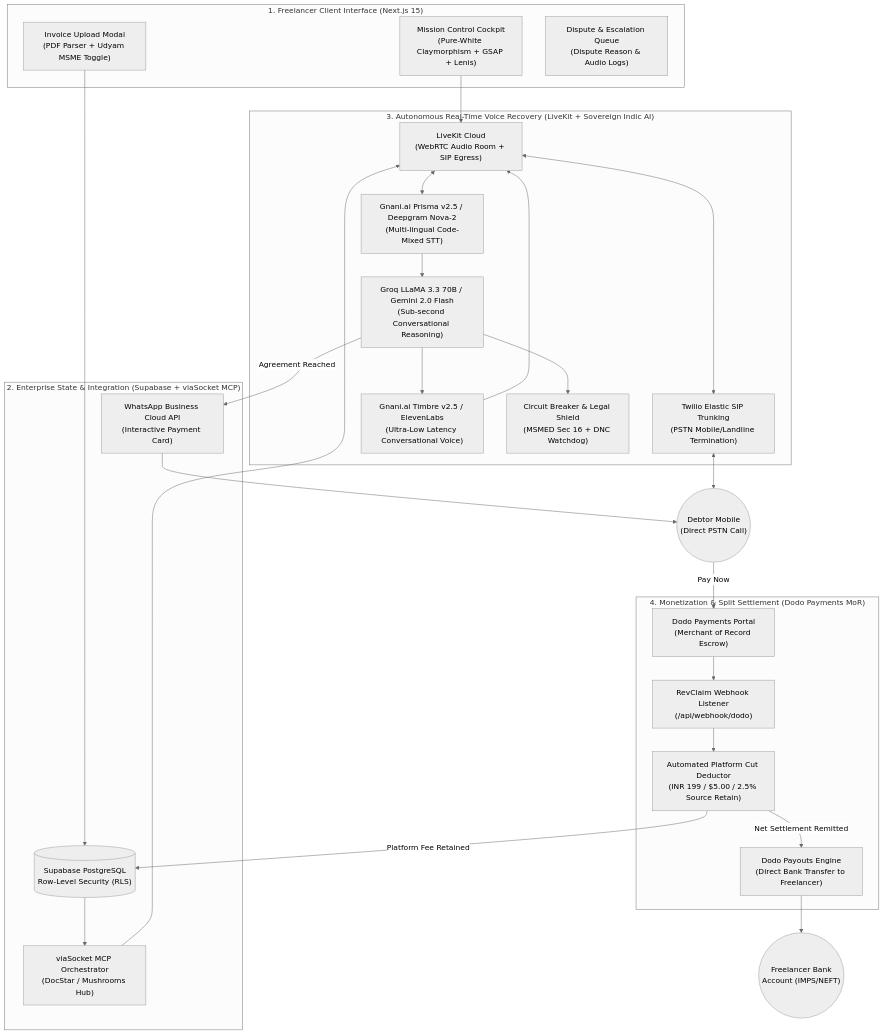
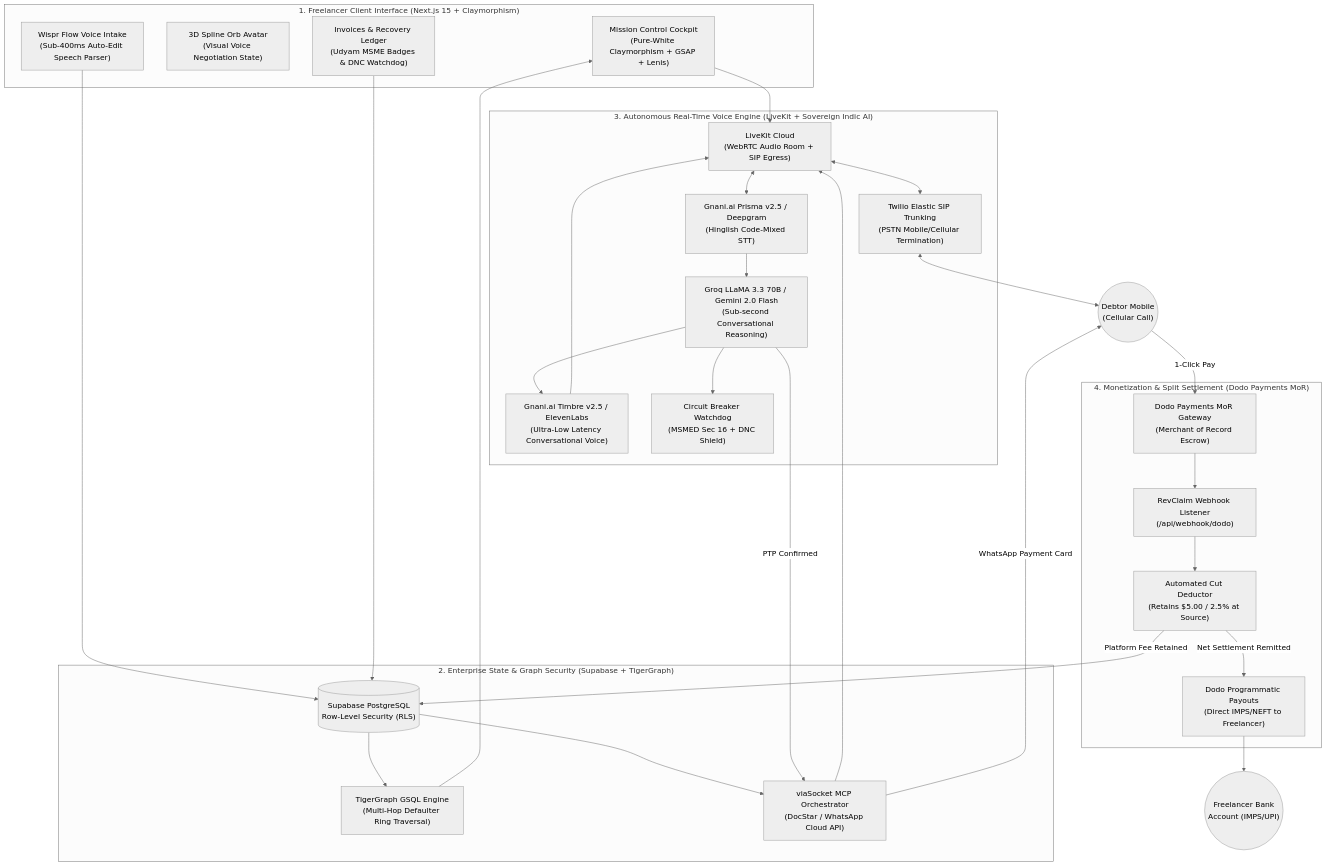
One commit to Niss54/RevClaim-AI changed the first of 4 diagrams in README.md. Above: the diagram before and after it, drawn with Mermaid (neutral theme). The commit also changed other lines of this file and 40 other files, not shown here.

Commit message:
docs: overhaul README with live Spline screenshots, real news evidence, sponsor badges & clean directory structure

````diff
--- a/README.md
+++ b/README.md
@@ -32,50 +200,54 @@
 ```mermaid
 flowchart TD
-    subgraph ClientLayer["1. Freelancer Client Interface (Next.js 15)"]
+    subgraph ClientLayer["1. Freelancer Client Interface (Next.js 15 + Claymorphism)"]
         UI["Mission Control Cockpit<br/>(Pure-White Claymorphism + GSAP + Lenis)"]
-        Upload["Invoice Upload Modal<br/>(PDF Parser + Udyam MSME Toggle)"]
-        DNC["Dispute & Escalation Queue<br/>(Dispute Reason & Audio Logs)"]
+        Spline["3D Spline Orb Avatar<br/>(Visual Voice Negotiation State)"]
+        Wispr["Wispr Flow Voice Intake<br/>(Sub-400ms Auto-Edit Speech Parser)"]
+        Table["Invoices & Recovery Ledger<br/>(Udyam MSME Badges & DNC Watchdog)"]
     end
 
-    subgraph StateLayer["2. Enterprise State & Integration (Supabase + viaSocket MCP)"]
+    subgraph StateLayer["2. Enterprise State & Graph Security (Supabase + TigerGraph)"]
         DB[("Supabase PostgreSQL<br/>Row-Level Security (RLS)")]
-        MCP["viaSocket MCP Orchestrator<br/>(DocStar / Mushrooms Hub)"]
-        WhatsApp["WhatsApp Business Cloud API<br/>(Interactive Payment Card)"]
+        TG["TigerGraph GSQL Engine<br/>(Multi-Hop Defaulter Ring Traversal)"]
+        MCP["viaSocket MCP Orchestrator<br/>(DocStar / WhatsApp Cloud API)"]
     end
 
-    subgraph VoiceEngine["3. Autonomous Real-Time Voice Recovery (LiveKit + Sovereign Indic AI)"]
+    subgraph VoiceEngine["3. Autonomous Real-Time Voice Engine (LiveKit + Sovereign Indic AI)"]
         LK["LiveKit Cloud<br/>(WebRTC Audio Room + SIP Egress)"]
-        Twilio["Twilio Elastic SIP Trunking<br/>(PSTN Mobile/Landline Termination)"]
-        STT["Gnani.ai Prisma v2.5 / Deepgram Nova-2<br/>(Multi-lingual Code-Mixed STT)"]
+        Twilio["Twilio Elastic SIP Trunking<br/>(PSTN Mobile/Cellular Termination)"]
+        STT["Gnani.ai Prisma v2.5 / Deepgram<br/>(Hinglish Code-Mixed STT)"]
         LLM["Groq LLaMA 3.3 70B / Gemini 2.0 Flash<br/>(Sub-second Conversational Reasoning)"]
         TTS["Gnani.ai Timbre v2.5 / ElevenLabs<br/>(Ultra-Low Latency Conversational Voice)"]
-        Guard["Circuit Breaker & Legal Shield<br/>(MSMED Sec 16 + DNC Watchdog)"]
+        Guard["Circuit Breaker Watchdog<br/>(MSMED Sec 16 + DNC Shield)"]
     end
 
     subgraph PaymentMoR["4. Monetization & Split Settlement (Dodo Payments MoR)"]
-        Dodo["Dodo Payments Portal<br/>(Merchant of Record Escrow)"]
+        Dodo["Dodo Payments MoR Gateway<br/>(Merchant of Record Escrow)"]
         Webhook["RevClaim Webhook Listener<br/>(/api/webhook/dodo)"]
-        Splitter["Automated Platform Cut Deductor<br/>(INR 199 / $5.00 / 2.5% Source Retain)"]
-        Payout["Dodo Payouts Engine<br/>(Direct Bank Transfer to Freelancer)"]
+        Splitter["Automated Cut Deductor<br/>(Retains $5.00 / 2.5% at Source)"]
+        Payout["Dodo Programmatic Payouts<br/>(Direct IMPS/NEFT to Freelancer)"]
     end
 
-    Upload --> DB
+    Wispr --> DB
+    Table --> DB
+    DB --> TG
+    TG --> UI
     UI --> LK
     DB --> MCP
     MCP --> LK
     LK <--> Twilio
     LK <--> STT
     STT --> LLM
     LLM --> Guard
     LLM --> TTS
     TTS --> LK
-    Twilio <--> DebtorPhone(("Debtor Mobile<br/>(Direct PSTN Call)"))
-    LLM -->|"Agreement Reached"| WhatsApp
-    WhatsApp --> DebtorPhone
-    DebtorPhone -->|"Pay Now"| Dodo
+    Twilio <--> DebtorPhone(("Debtor Mobile<br/>(Cellular Call)"))
+    LLM -->|"PTP Confirmed"| MCP
+    MCP -->|"WhatsApp Payment Card"| DebtorPhone
+    DebtorPhone -->|"1-Click Pay"| Dodo
     Dodo --> Webhook
     Webhook --> Splitter
     Splitter -->|"Platform Fee Retained"| DB
     Splitter -->|"Net Settlement Remitted"| Payout
-    Payout --> FreelancerBank(("Freelancer Bank<br/>Account (IMPS/NEFT)"))
+    Payout --> FreelancerBank(("Freelancer Bank<br/>Account (IMPS/UPI)"))
 ```
````
